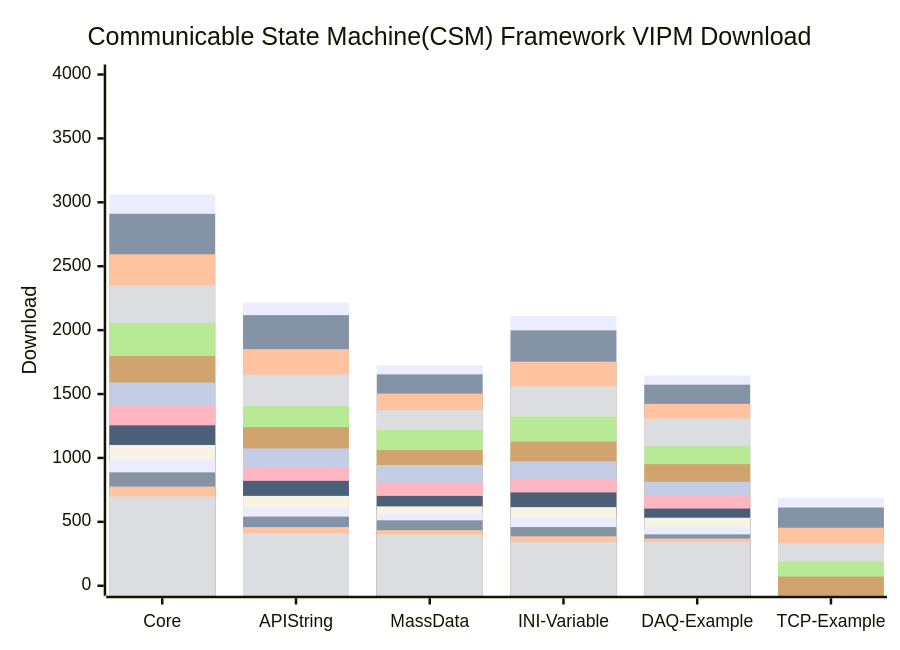
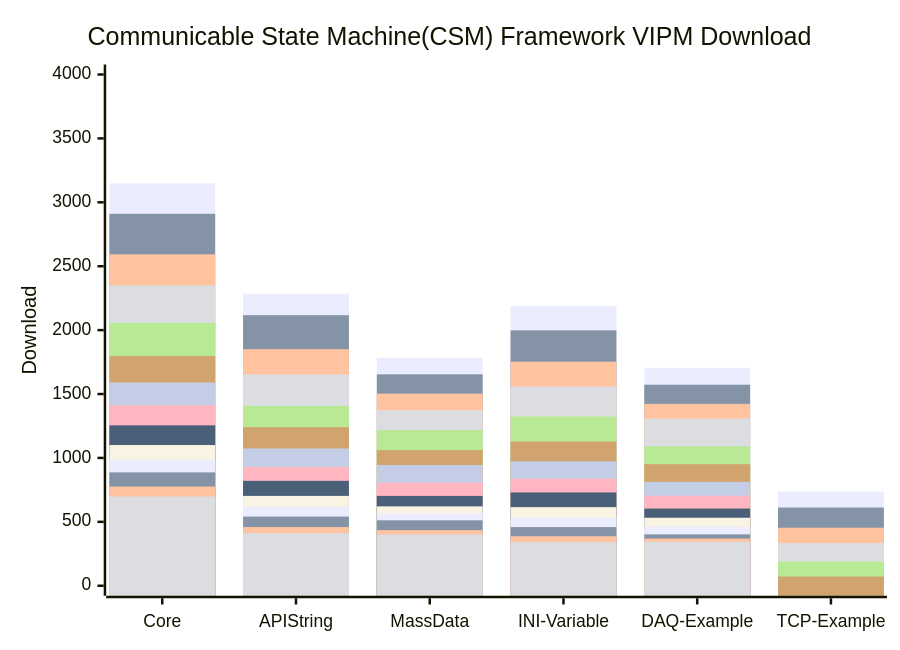
Before and after one commit to NEVSTOP-LAB/.github: the diagram in profile/README.md, drawn with Mermaid.

````diff
--- a/profile/README.md
+++ b/profile/README.md
@@ -31,20 +31,20 @@
 ```mermaid
     xychart-beta
     title "Communicable State Machine(CSM) Framework VIPM Download"
     x-axis [Core, API String, MassData, INI-Variable, DAQ-Example, TCP-Example]
     y-axis "Download" 0 --> 4000
-    bar   [3062, 2216, 1725, 2113, 1646, 688]
+    bar   [3149, 2285, 1784, 2186, 1705, 737]
     bar   [2910, 2117, 1654, 1998, 1573, 612]
     bar   [2593, 1851, 1503, 1753, 1423, 454]
     bar   [2350, 1653, 1374, 1559, 1308, 334]
     bar   [2056, 1407, 1218, 1324, 1091, 189]
     bar   [1797, 1241, 1061, 1128, 951, 72]
     bar   [1590, 1074, 945, 974, 813]
     bar   [1412, 929, 807, 837, 704]
     bar   [1255, 821, 703, 730, 604]
     bar   [1101, 703, 621, 615, 532]
     bar   [987, 617, 565, 531, 461]
     bar   [887, 541, 512, 459, 402]
     bar   [776, 459, 435, 387, 369]
     bar   [698, 412, 402, 341, 344]
 ```
````
